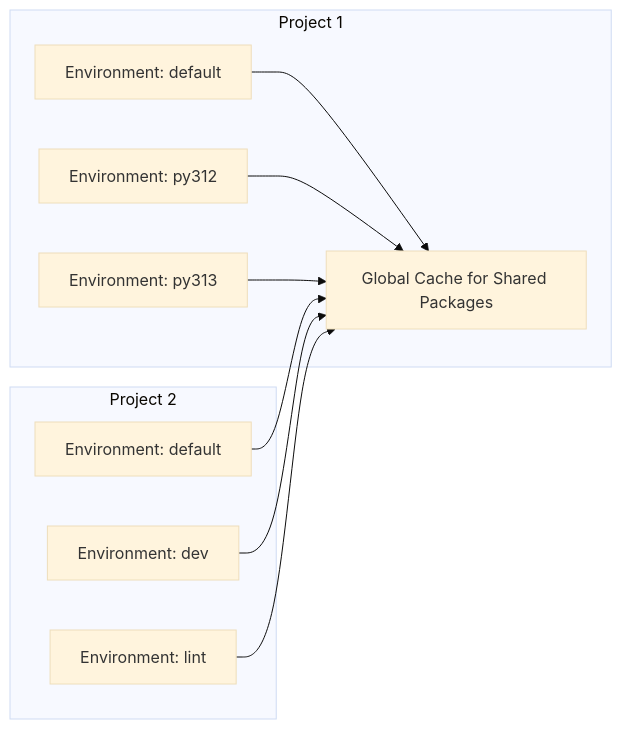
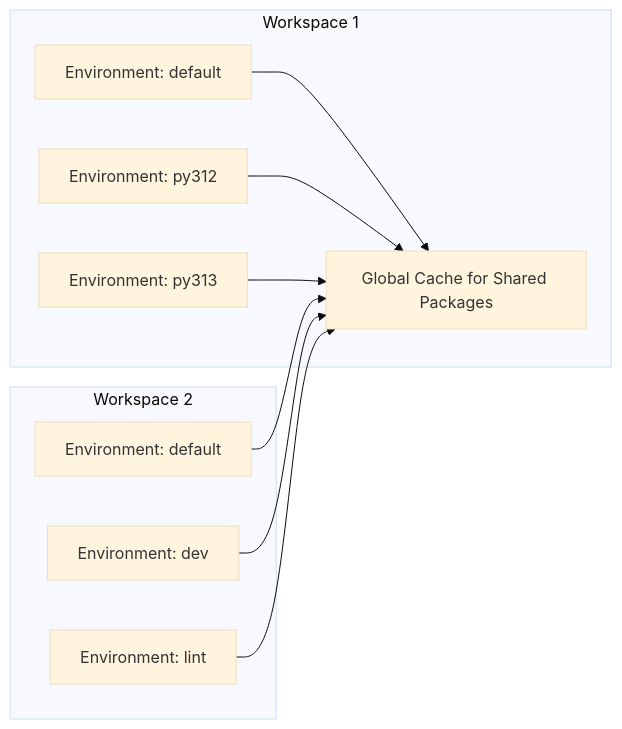
Before and after one commit to Hofer-Julian/slidev-presentations: the first of 2 diagrams in 2025-02-munich-meetup/slides.md, drawn with Mermaid (base theme). The commit also changed other lines of this file and 1 other file, not shown here.

````diff
--- a/2025-02-munich-meetup/slides.md
+++ b/2025-02-munich-meetup/slides.md
@@ -390,13 +390,13 @@
 ```mermaid
 graph LR
-    subgraph Project 1
+    subgraph Workspace 1
         A[Environment: default] --> B[Global Cache for Shared Packages]
         C[Environment: py312] --> B
         E[Environment: py313] --> B
     end
-    subgraph Project 2
+    subgraph Workspace 2
         G[Environment: default] --> B
         I[Environment: dev] --> B
         K[Environment: lint] --> B
     end
 ```
````
